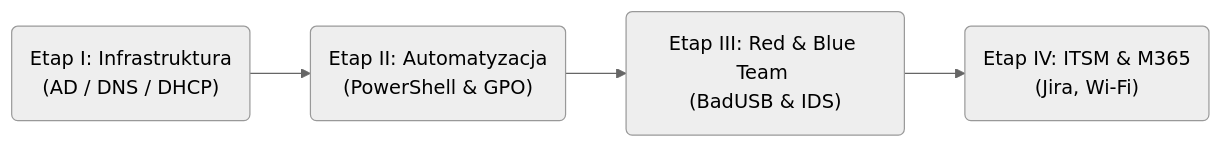
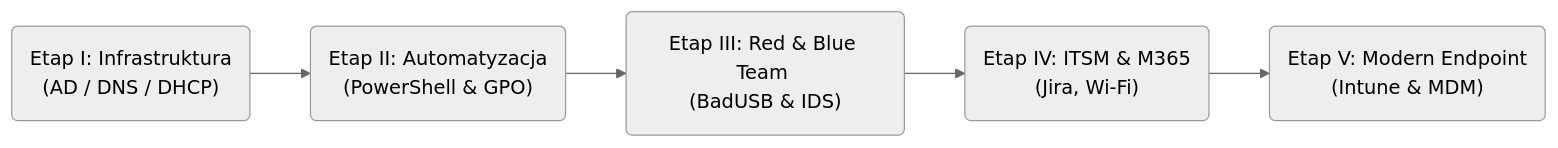
One commit to szym47/Active-Directory-HelpDesk-HomeLab changed the second of 2 diagrams in README.md. Above: the diagram before and after it, drawn with Mermaid (neutral theme). The commit also changed other lines of this file and 3 other files, not shown here.

````diff
--- a/README.md
+++ b/README.md
@@ -47,11 +51,13 @@
 ```mermaid
 flowchart LR
 
 A("Etap I: Infrastruktura \n(AD / DNS / DHCP)") 
 --> 
 B("Etap II: Automatyzacja \n(PowerShell & GPO)")
 --> 
 C("Etap III: Red & Blue Team \n(BadUSB & IDS)")
 -->
 D("Etap IV: ITSM & M365 \n(Jira, Wi-Fi)")
+-->
+E("Etap V: Modern Endpoint \n(Intune & MDM)")
 ```
````
